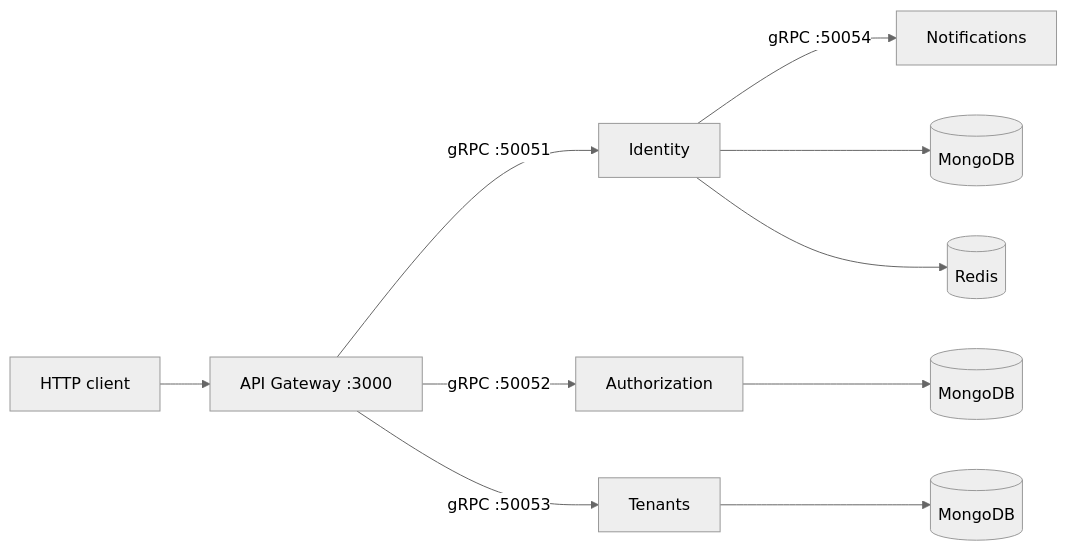
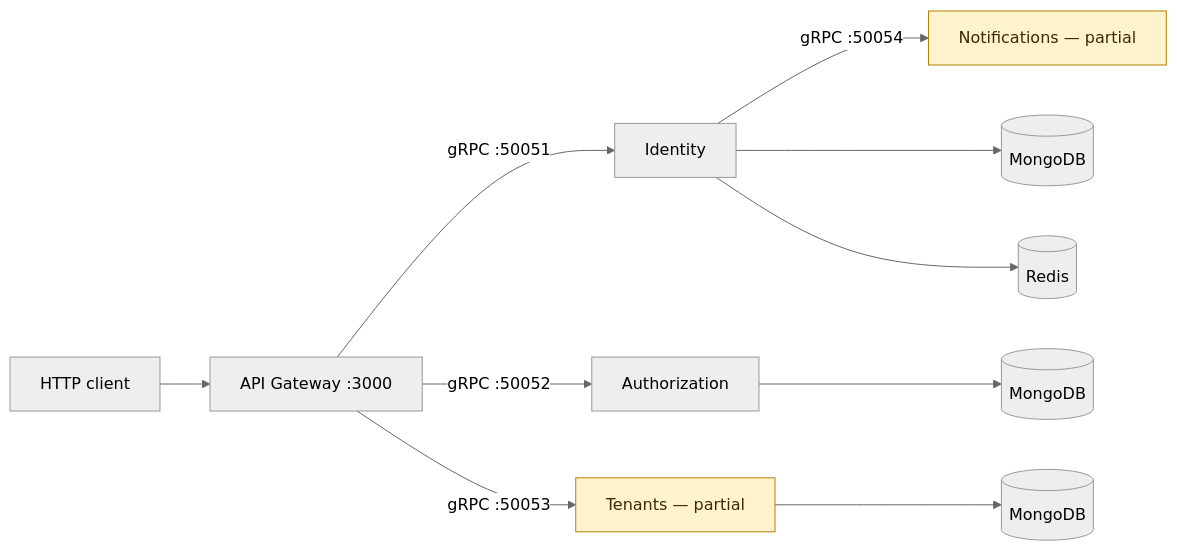
The diagram in README.md (Sye-1321/vite-ride-backend-architecture), drawn with Mermaid (neutral theme) before and after one commit. The commit also changed other lines of this file, not shown here.

````diff
--- a/README.md
+++ b/README.md
@@ -14,12 +73,16 @@
 ```mermaid
 flowchart LR
     Client[HTTP client] --> Gateway[API Gateway :3000]
     Gateway -->|gRPC :50051| Identity[Identity]
     Gateway -->|gRPC :50052| Authorization[Authorization]
-    Gateway -->|gRPC :50053| Tenants[Tenants]
-    Identity -->|gRPC :50054| Notifications[Notifications]
-    Identity --> Mongo[(MongoDB)]
+    Gateway -->|gRPC :50053| Tenants[Tenants — partial]
+    Identity -->|gRPC :50054| Notifications[Notifications — partial]
+
+    Identity --> IdentityMongo[(MongoDB)]
     Identity --> Redis[(Redis)]
     Authorization --> AuthzMongo[(MongoDB)]
     Tenants --> TenantMongo[(MongoDB)]
+
+    classDef partial fill:#fff3cd,stroke:#b58105,color:#3d2b00;
+    class Tenants,Notifications partial;
 ```
````
